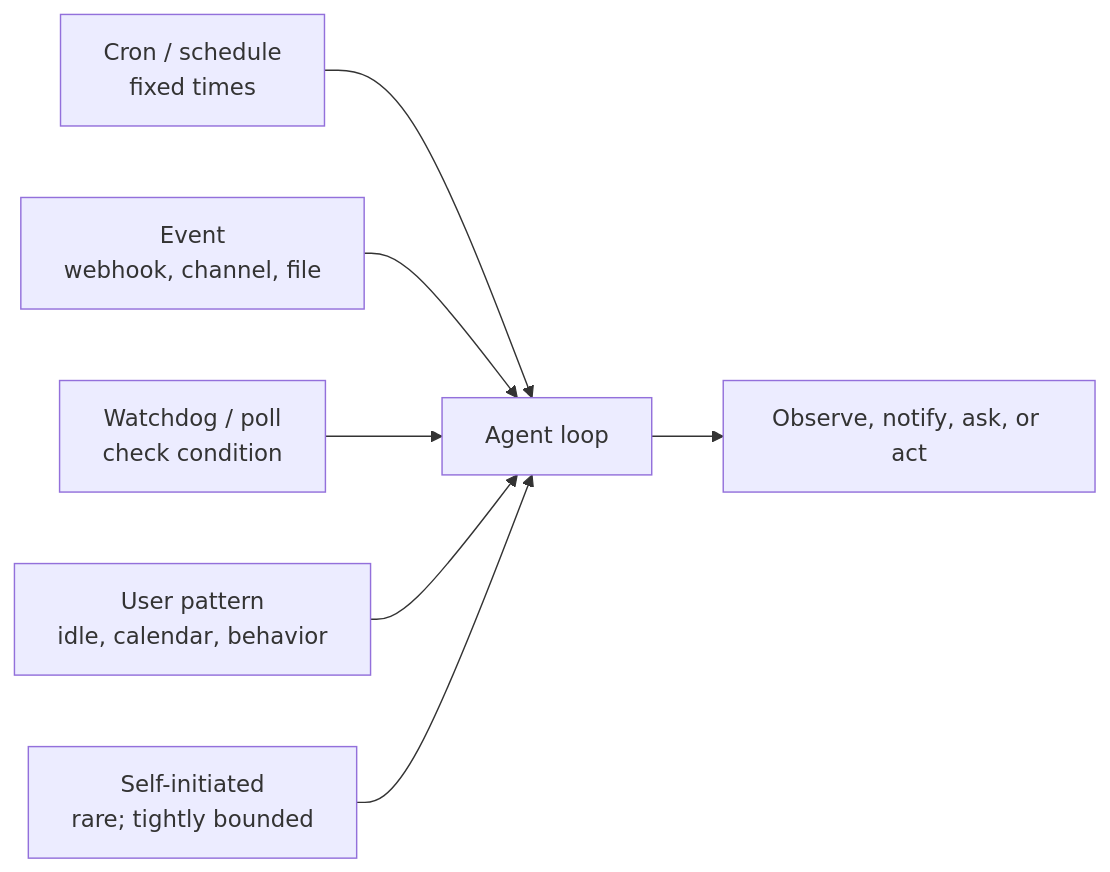
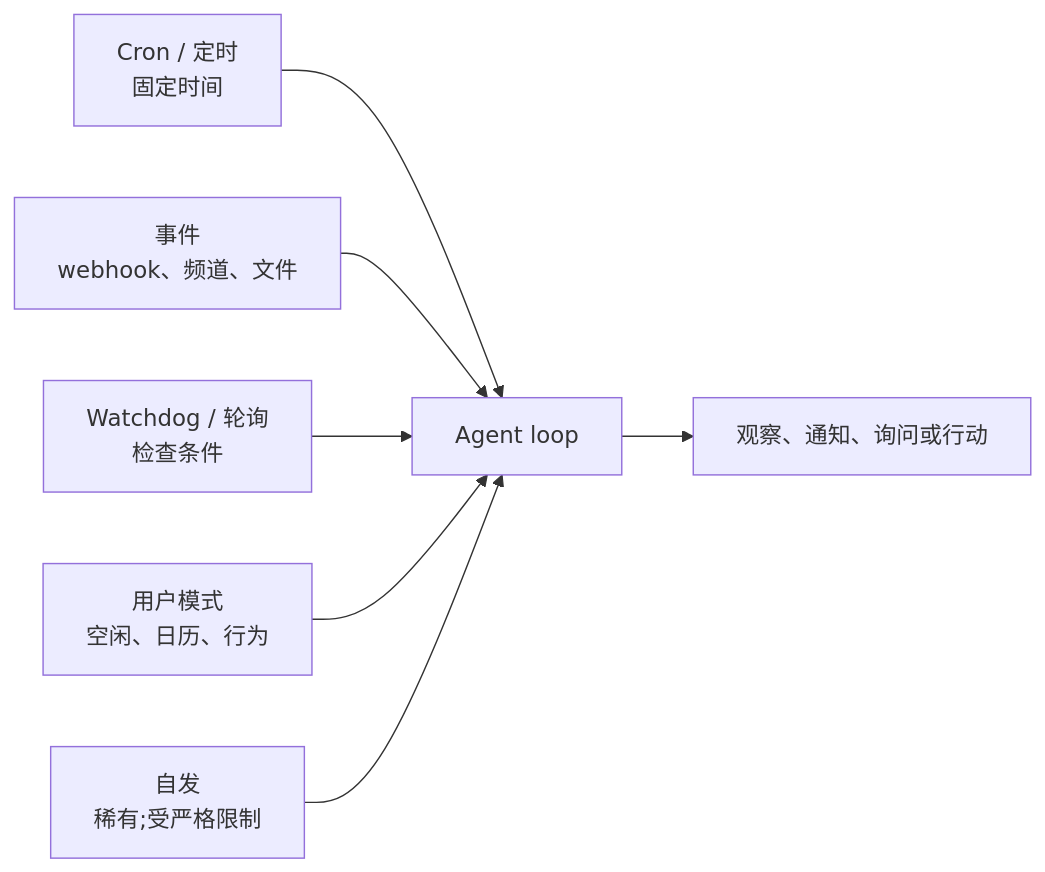
The first of 2 diagrams in course-zh/20-proactive-agents.md (ocxers/agentic-ai-system-course-zh), drawn with Mermaid before and after one commit. The commit also changed other lines of this file and 14 other files, not shown here.

````diff
--- a/course-zh/20-proactive-agents.md
+++ b/course-zh/20-proactive-agents.md
@@ -33,9 +33,9 @@
 ```mermaid
 flowchart LR
-    Cron["Cron / schedule<br/>fixed times"] --> Loop["Agent loop"]
-    Event["Event<br/>webhook, channel, file"] --> Loop
-    Watchdog["Watchdog / poll<br/>check condition"] --> Loop
-    Pattern["User pattern<br/>idle, calendar, behavior"] --> Loop
-    Self["Self-initiated<br/>rare; tightly bounded"] --> Loop
-    Loop --> Action["Observe, notify, ask, or act"]
+    Cron["Cron / 定时<br/>固定时间"] --> Loop["Agent loop"]
+    Event["事件<br/>webhook、频道、文件"] --> Loop
+    Watchdog["Watchdog / 轮询<br/>检查条件"] --> Loop
+    Pattern["用户模式<br/>空闲、日历、行为"] --> Loop
+    Self["自发<br/>稀有;受严格限制"] --> Loop
+    Loop --> Action["观察、通知、询问或行动"]
 ```
````
